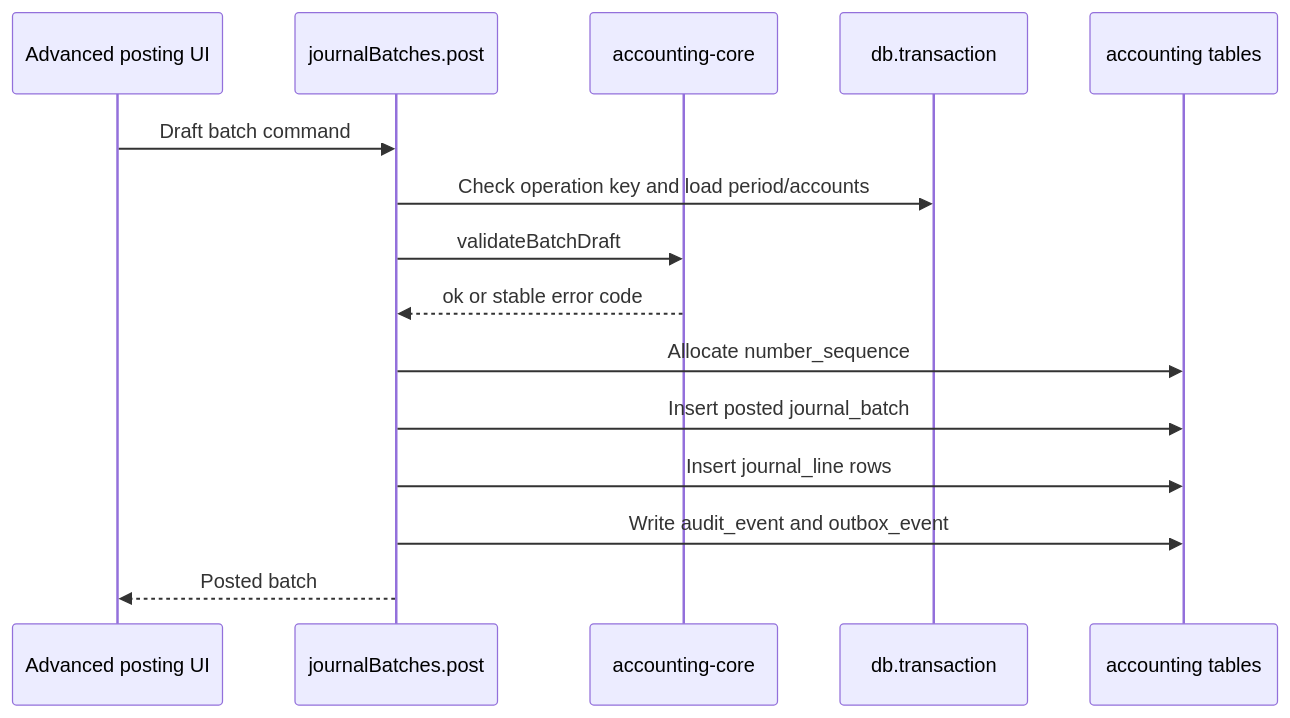
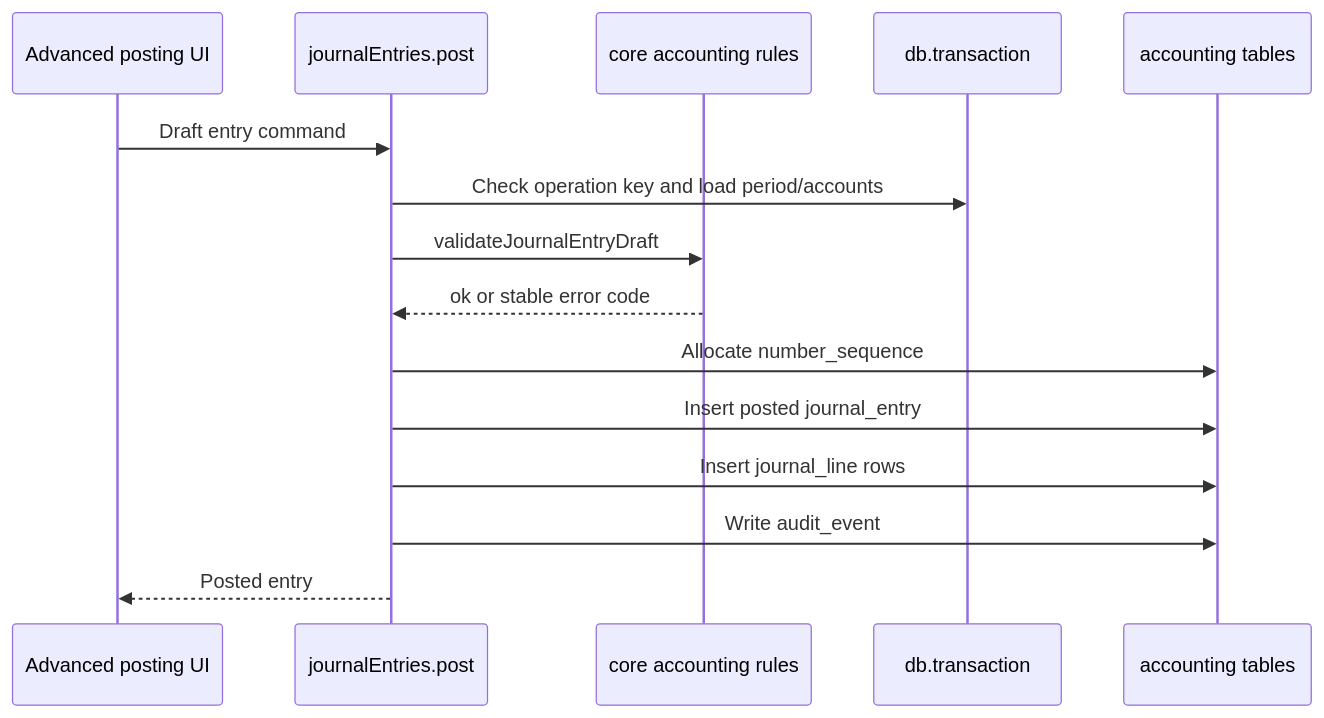
One commit to isherbuilds/edernal-books changed the second of 2 diagrams in docs/superpowers/plans/2026-06-16-phase-01-accounting-kernel-implementation-plan.md. Above: the diagram before and after it, drawn with Mermaid. The commit also changed other lines of this file and 110 other files, not shown here.

````diff
--- a/docs/superpowers/plans/2026-06-16-phase-01-accounting-kernel-implementation-plan.md
+++ b/docs/superpowers/plans/2026-06-16-phase-01-accounting-kernel-implementation-plan.md
@@ -34,18 +70,18 @@
 ```mermaid
 sequenceDiagram
   participant UI as Advanced posting UI
-  participant API as journalBatches.post
-  participant Core as accounting-core
+  participant API as journalEntries.post
+  participant Core as core accounting rules
   participant TX as db.transaction
   participant DB as accounting tables
 
-  UI->>API: Draft batch command
+  UI->>API: Draft entry command
   API->>TX: Check operation key and load period/accounts
-  API->>Core: validateBatchDraft
+  API->>Core: validateJournalEntryDraft
   Core-->>API: ok or stable error code
   API->>DB: Allocate number_sequence
-  API->>DB: Insert posted journal_batch
+  API->>DB: Insert posted journal_entry
   API->>DB: Insert journal_line rows
-  API->>DB: Write audit_event and outbox_event
-  API-->>UI: Posted batch
+  API->>DB: Write audit_event
+  API-->>UI: Posted entry
 ```
````
